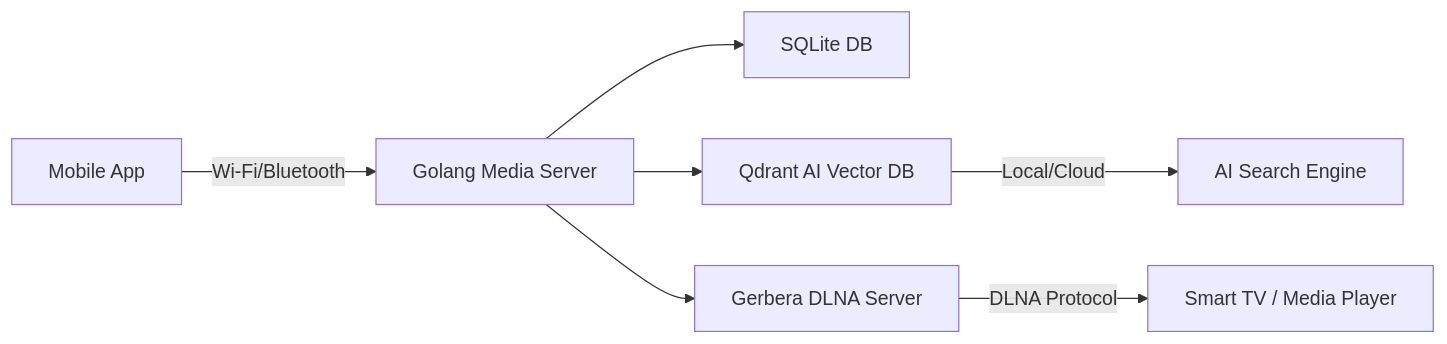
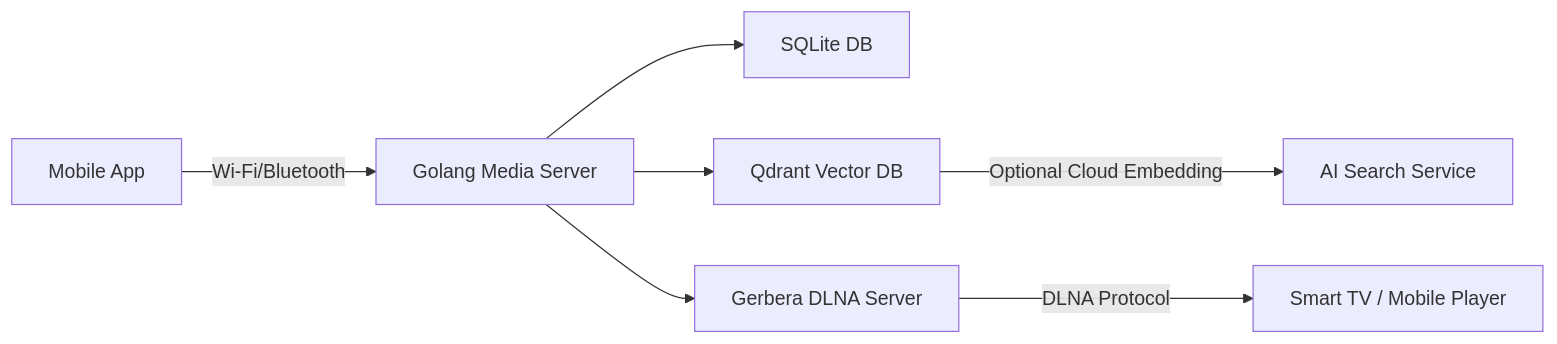
The diagram in README.md (mayur-tolexo/localcloud), drawn with Mermaid before and after one commit. The commit also changed other lines of this file and 1 other file, not shown here.

````diff
--- a/README.md
+++ b/README.md
@@ -17,9 +20,9 @@
 ```mermaid
 flowchart LR
     A[Mobile App] -->|Wi-Fi/Bluetooth| B[Golang Media Server]
     B --> C[SQLite DB]
-    B --> D[Qdrant AI Vector DB]
+    B --> D[Qdrant Vector DB]
     B --> E[Gerbera DLNA Server]
-    D -->|Local/Cloud| F[AI Search Engine]
-    E -->|DLNA Protocol| G[Smart TV / Media Player]
+    D -->|Optional Cloud Embedding| F[AI Search Service]
+    E -->|DLNA Protocol| G[Smart TV / Mobile Player]
 ```
````
